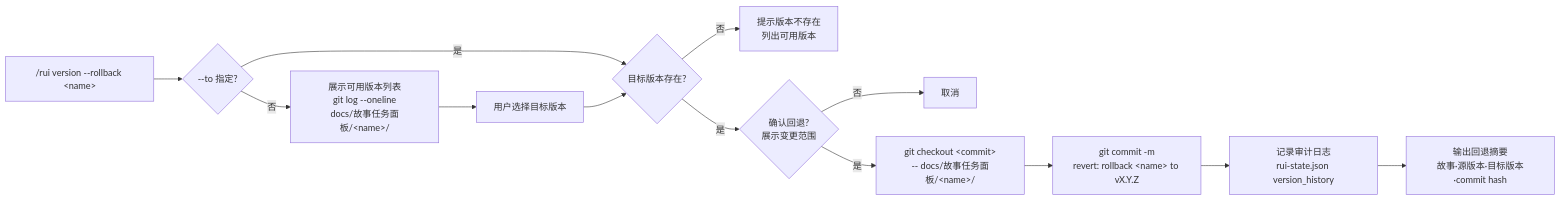
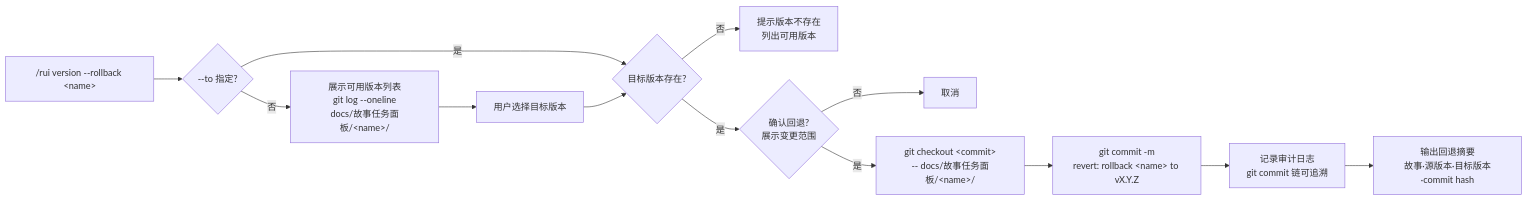
Diagram 12 of 17 in skills/rui/SKILL.md (effiy/YrY), drawn with Mermaid before and after one commit. The commit also changed other lines of this file and 2 other files, not shown here.

````diff
--- a/skills/rui/SKILL.md
+++ b/skills/rui/SKILL.md
@@ -742,16 +741,16 @@
 ```mermaid
 flowchart LR
     CMD["/rui version --rollback &lt;name&gt;"]:::src --> LIST{"--to 指定?"}
     LIST -->|"否"| SHOW["展示可用版本列表<br/>git log --oneline<br/>docs/故事任务面板/&lt;name&gt;/"]:::op
     SHOW --> USER["用户选择目标版本"]:::user
     LIST -->|"是"| CHECK{"目标版本存在?"}
     USER --> CHECK
     CHECK -->|"否"| ABORT["提示版本不存在<br/>列出可用版本"]:::bad
     CHECK -->|"是"| CONFIRM{"确认回退?<br/>展示变更范围"}:::gate
     CONFIRM -->|"否"| CANCEL["取消"]:::abort
     CONFIRM -->|"是"| REVERT["git checkout &lt;commit&gt;<br/>-- docs/故事任务面板/&lt;name&gt;/"]:::op
     REVERT --> COMMIT["git commit -m<br/>revert: rollback &lt;name&gt; to vX.Y.Z"]:::op
-    COMMIT --> AUDIT["记录审计日志<br/>rui-state.json version_history"]:::op
+    COMMIT --> AUDIT["记录审计日志<br/>git commit 链可追溯"]:::op
     AUDIT --> REPORT["输出回退摘要<br/>故事·源版本·目标版本·commit hash"]:::out
 
 ```
````
